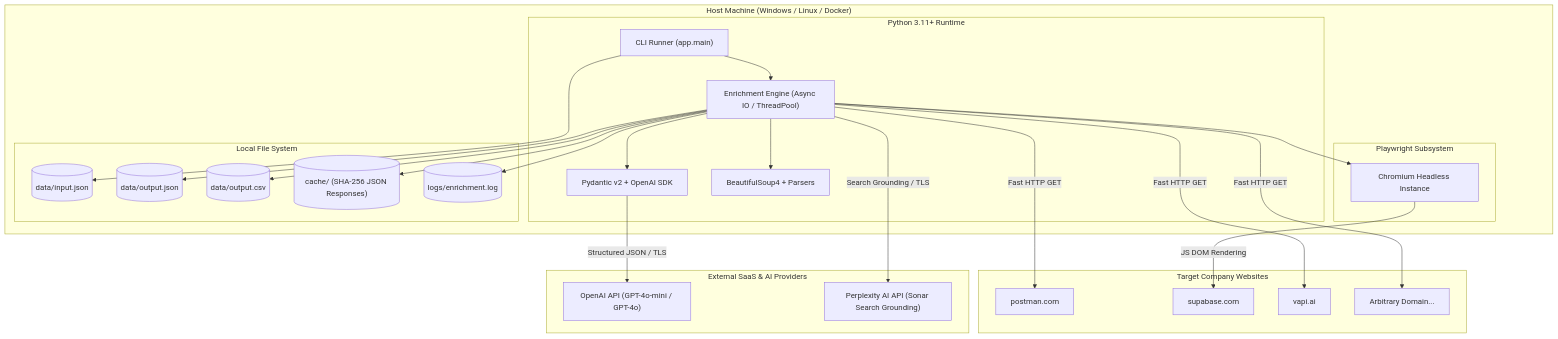
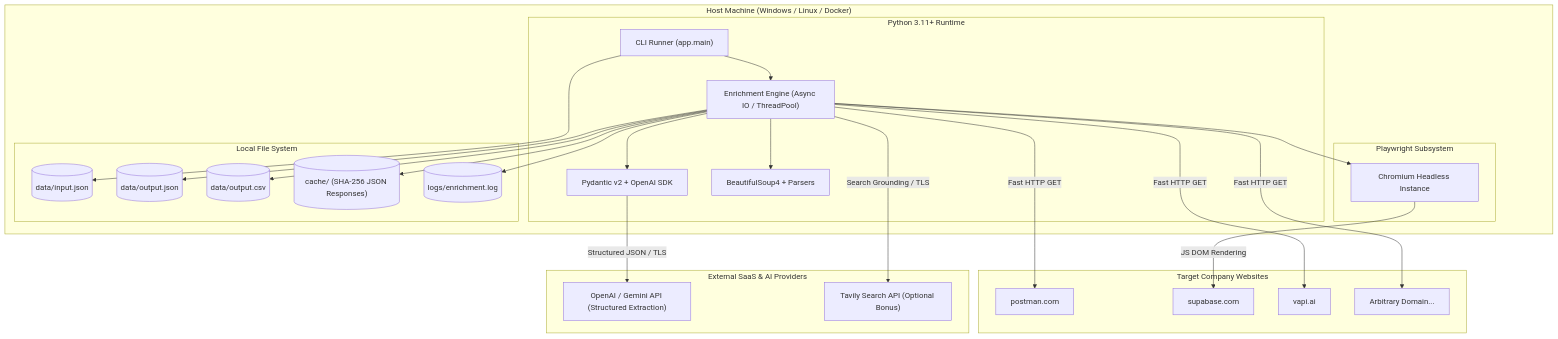
The sixth of 6 diagrams in README.md (nowitsarpit/SoftwareBrio), drawn with Mermaid before and after one commit. The commit also changed other lines of this file and 20 other files, not shown here.

````diff
--- a/README.md
+++ b/README.md
@@ -385,54 +384,54 @@
 ```mermaid
 graph TB
     subgraph Host["Host Machine (Windows / Linux / Docker)"]
         subgraph PythonRuntime["Python 3.11+ Runtime"]
             MainProc["CLI Runner (app.main)"]
             Engine["Enrichment Engine (Async IO / ThreadPool)"]
             Inst["Pydantic v2 + OpenAI SDK"]
             BS4["BeautifulSoup4 + Parsers"]
         end
 
         subgraph HeadlessBrowserNode["Playwright Subsystem"]
             Chromium["Chromium Headless Instance"]
         end
 
         subgraph LocalFileSystem["Local File System"]
             InputFile[("data/input.json")]
             OutputFile[("data/output.json")]
             CSVFile[("data/output.csv")]
             CacheDir[("cache/ (SHA-256 JSON Responses)")]
             LogFile[("logs/enrichment.log")]
         end
     end
 
     subgraph ExternalWeb["Target Company Websites"]
         Target1["postman.com"]
         Target2["supabase.com"]
         Target3["vapi.ai"]
         TargetN["Arbitrary Domain..."]
     end
 
     subgraph CloudAPIs["External SaaS & AI Providers"]
-        OpenAIAPI["OpenAI API (GPT-4o-mini / GPT-4o)"]
-        PerplexityAPI["Perplexity AI API (Sonar Search Grounding)"]
+        OpenAIAPI["OpenAI / Gemini API (Structured Extraction)"]
+        TavilyAPI["Tavily Search API (Optional Bonus)"]
     end
 
     MainProc --> InputFile
     MainProc --> Engine
     Engine --> Chromium
     Engine --> BS4
     Engine --> Inst
     
     Engine -->|Fast HTTP GET| Target1
     Chromium -->|JS DOM Rendering| Target2
     Engine -->|Fast HTTP GET| Target3
     Engine -->|Fast HTTP GET| TargetN
     
     Inst -->|Structured JSON / TLS| OpenAIAPI
-    Engine -->|Search Grounding / TLS| PerplexityAPI
+    Engine -->|Search Grounding / TLS| TavilyAPI
 
     Engine --> CacheDir
     Engine --> LogFile
     Engine --> OutputFile
     Engine --> CSVFile
 ```
````
